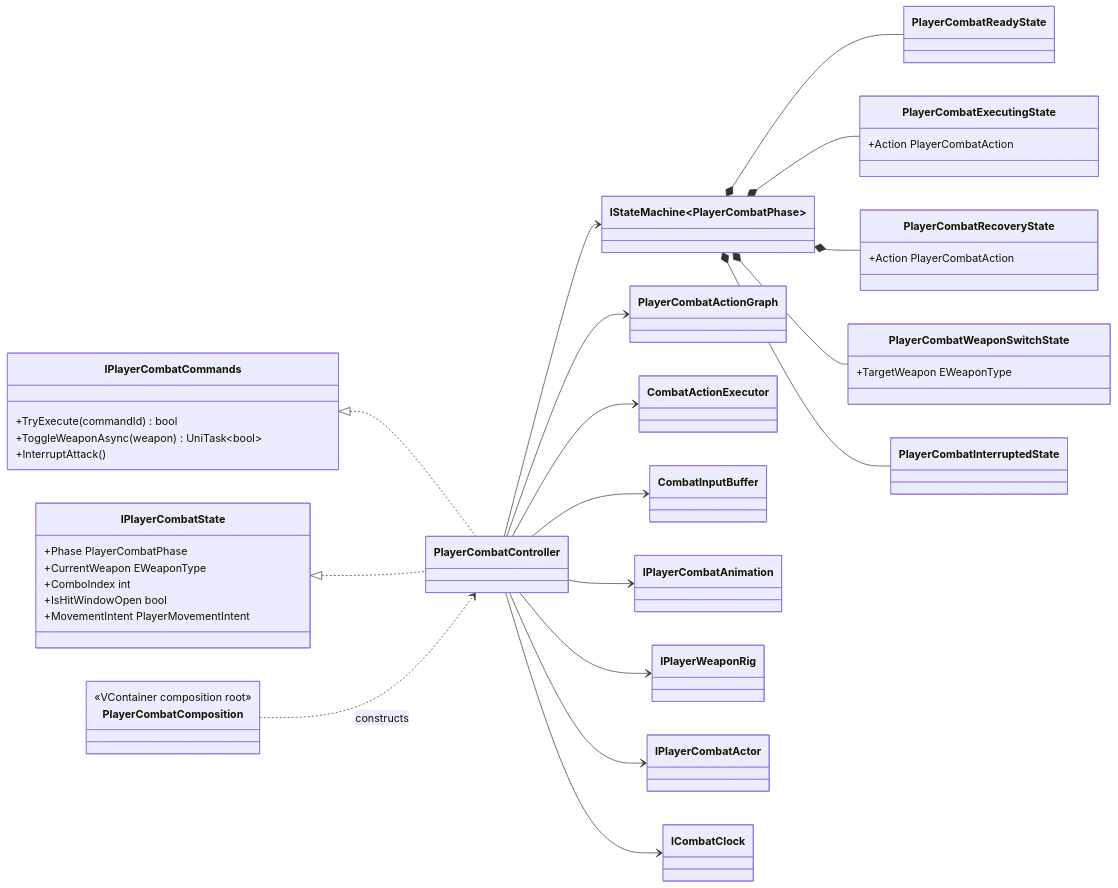
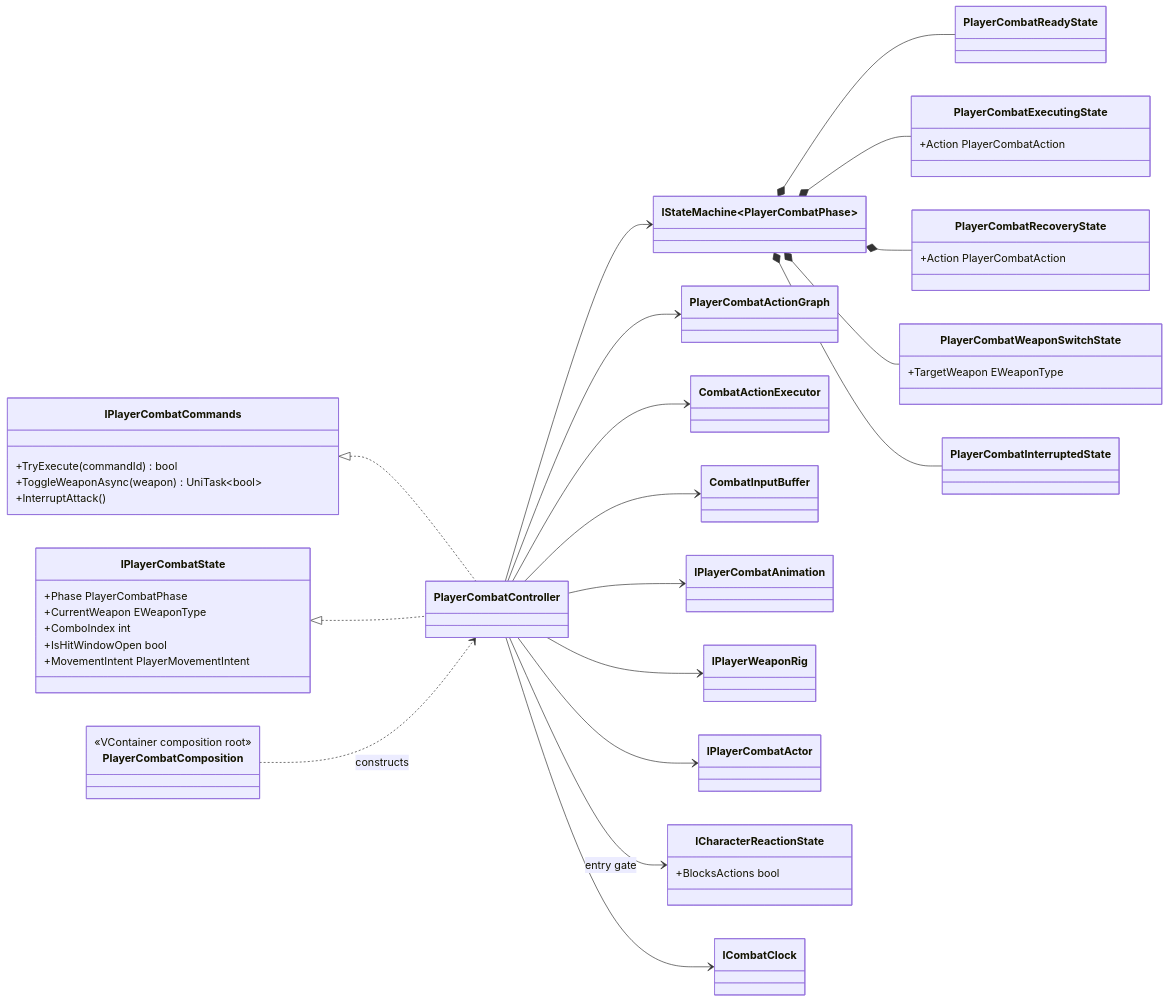
Before and after one commit to MaximFonariuc/project-s: the first of 3 diagrams in Docs/Architecture/Player.Combat.md, drawn with Mermaid. The commit also changed other lines of this file and 17 other files, not shown here.

````diff
--- a/Docs/Architecture/Player.Combat.md
+++ b/Docs/Architecture/Player.Combat.md
@@ -11,57 +11,61 @@
 ```mermaid
 classDiagram
     direction LR
 
     class IPlayerCombatCommands {
         +TryExecute(commandId) bool
         +ToggleWeaponAsync(weapon) UniTask~bool~
         +InterruptAttack()
     }
     class IPlayerCombatState {
         +Phase PlayerCombatPhase
         +CurrentWeapon EWeaponType
         +ComboIndex int
         +IsHitWindowOpen bool
         +MovementIntent PlayerMovementIntent
     }
     class PlayerCombatController
     class IStateMachine~PlayerCombatPhase~
     class PlayerCombatReadyState
     class PlayerCombatExecutingState {
         +Action PlayerCombatAction
     }
     class PlayerCombatRecoveryState {
         +Action PlayerCombatAction
     }
     class PlayerCombatWeaponSwitchState {
         +TargetWeapon EWeaponType
     }
     class PlayerCombatInterruptedState
     class PlayerCombatActionGraph
     class CombatActionExecutor
     class CombatInputBuffer
     class IPlayerCombatAnimation
     class IPlayerWeaponRig
     class IPlayerCombatActor
+    class ICharacterReactionState {
+        +BlocksActions bool
+    }
     class ICombatClock
     class PlayerCombatComposition {
         <<VContainer composition root>>
     }
 
     IPlayerCombatCommands <|.. PlayerCombatController
     IPlayerCombatState <|.. PlayerCombatController
     PlayerCombatController --> IStateMachine~PlayerCombatPhase~
     PlayerCombatController --> PlayerCombatActionGraph
     PlayerCombatController --> CombatActionExecutor
     PlayerCombatController --> CombatInputBuffer
     PlayerCombatController --> IPlayerCombatAnimation
     PlayerCombatController --> IPlayerWeaponRig
     PlayerCombatController --> IPlayerCombatActor
+    PlayerCombatController --> ICharacterReactionState : entry gate
     PlayerCombatController --> ICombatClock
     IStateMachine~PlayerCombatPhase~ *-- PlayerCombatReadyState
     IStateMachine~PlayerCombatPhase~ *-- PlayerCombatExecutingState
     IStateMachine~PlayerCombatPhase~ *-- PlayerCombatRecoveryState
     IStateMachine~PlayerCombatPhase~ *-- PlayerCombatWeaponSwitchState
     IStateMachine~PlayerCombatPhase~ *-- PlayerCombatInterruptedState
     PlayerCombatComposition ..> PlayerCombatController : constructs
 ```
````
